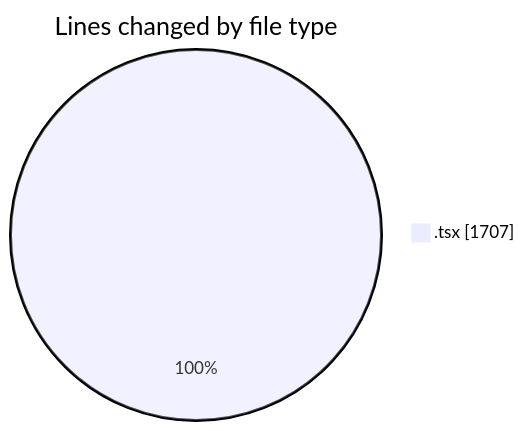
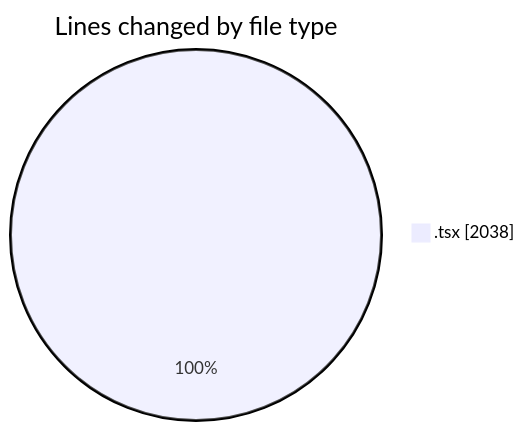
The first of 2 diagrams in 2025-10-19/scopecraft/README.md (Ritupan-Deka/code-tracking), drawn with Mermaid before and after one commit. The commit also changed other lines of this file and 1 other file, not shown here.

````diff
--- a/2025-10-19/scopecraft/README.md
+++ b/2025-10-19/scopecraft/README.md
@@ -27,5 +27,5 @@
 ```mermaid
 pie showData
 title Lines changed by file type
-".tsx" : 1707
+".tsx" : 2038
 ```
````
